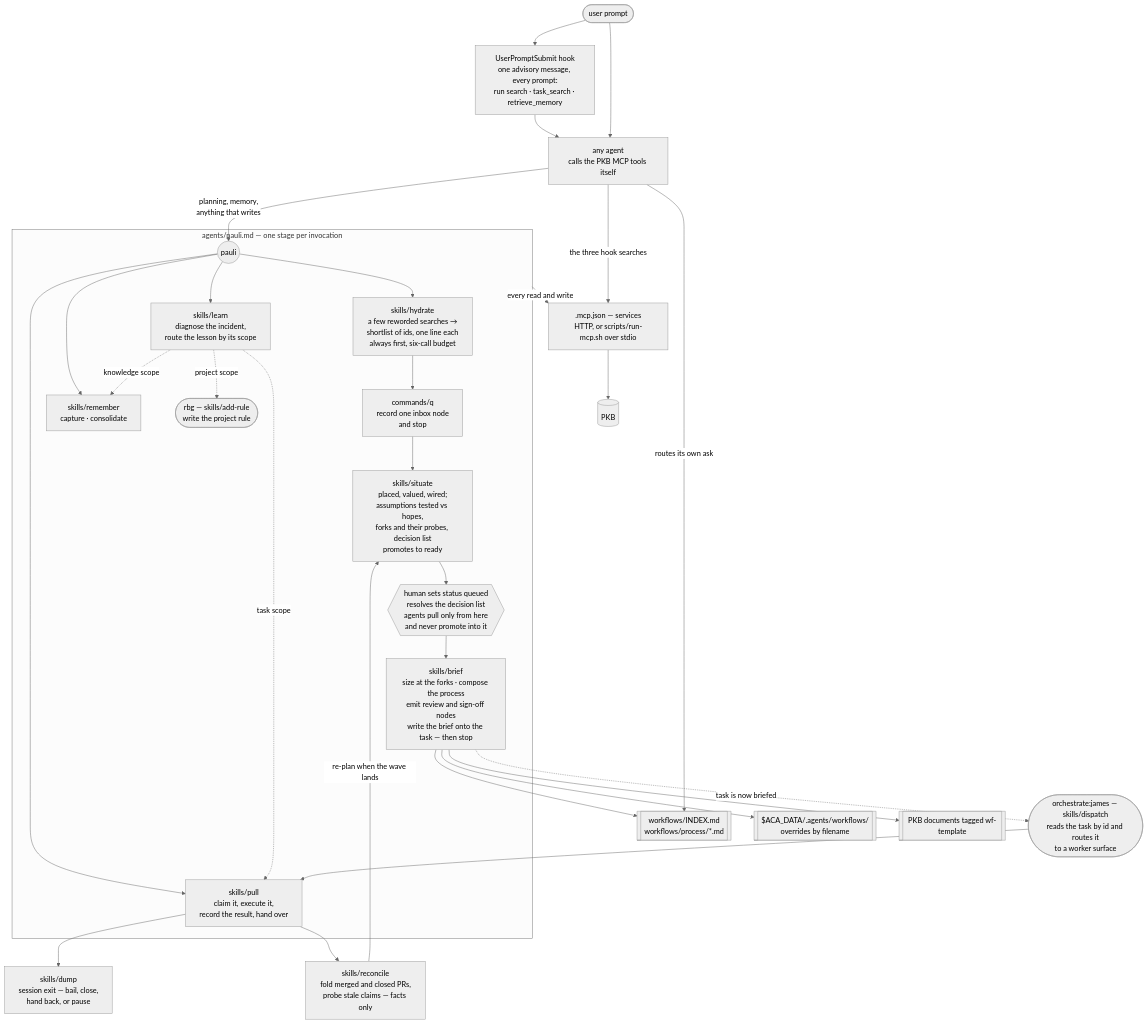
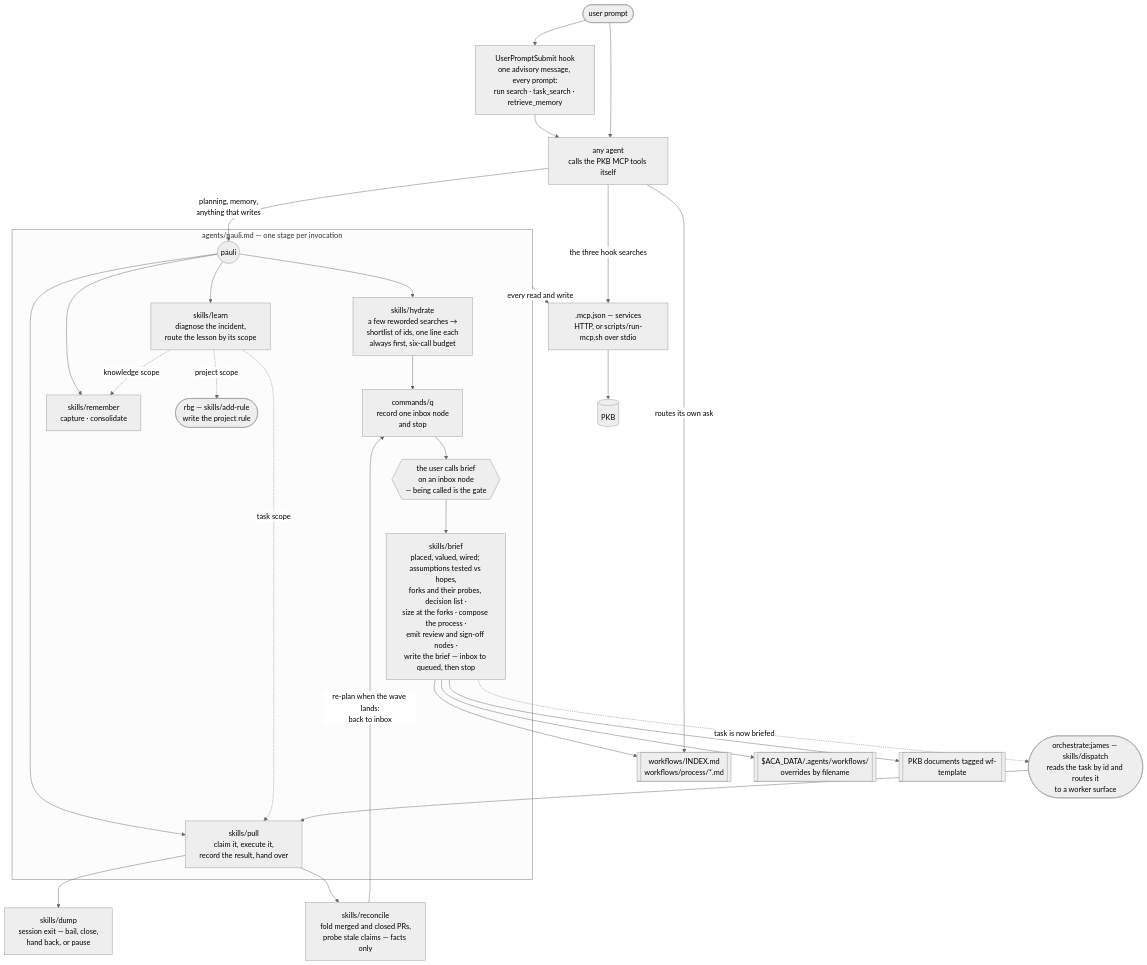
Before and after one commit to nicsuzor/academicOps: the diagram in plugins/pkb/README.md, drawn with Mermaid (neutral theme). The commit also changed other lines of this file and 31 other files, not shown here.

First line of the commit message:
refactor(instructions): fold situate into brief, cut library cookbooks

````diff
--- a/plugins/pkb/README.md
+++ b/plugins/pkb/README.md
@@ -8,45 +8,44 @@
 ```mermaid
 flowchart TD
     prompt([user prompt]) --> hook
 
     hook["UserPromptSubmit hook<br/>one advisory message, every prompt:<br/>run search · task_search · retrieve_memory"]
     hook --> agent
     prompt --> agent["any agent<br/>calls the PKB MCP tools itself"]
 
     agent -- "planning, memory,<br/>anything that writes" --> pauli
 
     subgraph pkbwrite["agents/pauli.md — one stage per invocation"]
         pauli(("pauli"))
         pauli --> hydrate["skills/hydrate<br/>a few reworded searches →<br/>shortlist of ids, one line each<br/>always first, six-call budget"]
 
         hydrate --> capture["commands/q<br/>record one inbox node<br/>and stop"]
-        capture --> situate["skills/situate<br/>placed, valued, wired;<br/>assumptions tested vs hopes,<br/>forks and their probes, decision list<br/>promotes to ready"]
-        situate --> gate{{"human sets status queued<br/>resolves the decision list<br/>agents pull only from here<br/>and never promote into it"}}
-        gate --> brief["skills/brief<br/>size at the forks · compose the process<br/>emit review and sign-off nodes<br/>write the brief onto the task — then stop"]
+        capture --> gate{{"the user calls brief<br/>on an inbox node<br/>— being called is the gate"}}
+        gate --> brief["skills/brief<br/>placed, valued, wired; assumptions tested vs hopes,<br/>forks and their probes, decision list ·<br/>size at the forks · compose the process ·<br/>emit review and sign-off nodes ·<br/>write the brief — inbox to queued, then stop"]
 
         pauli --> pull["skills/pull<br/>claim it, execute it,<br/>record the result, hand over"]
         pauli --> remember["skills/remember<br/>capture · consolidate"]
         pauli --> learn["skills/learn<br/>diagnose the incident,<br/>route the lesson by its scope"]
 
         learn -. knowledge scope .-> remember
         learn -. project scope .-> addrule(["rbg — skills/add-rule<br/>write the project rule"])
         learn -. task scope .-> pull
     end
 
     pull --> dump["skills/dump<br/>session exit — bail, close,<br/>hand back, or pause"]
     pull --> reconcile["skills/reconcile<br/>fold merged and closed PRs,<br/>probe stale claims — facts only"]
-    reconcile -- "re-plan when the wave lands" --> situate
+    reconcile -- "re-plan when the wave lands:<br/>back to inbox" --> capture
 
     brief --> library[["workflows/INDEX.md<br/>workflows/process/*.md"]]
     brief --> userlayer[["$ACA_DATA/.agents/workflows/<br/>overrides by filename"]]
     brief --> wftemplates[["PKB documents tagged wf-template"]]
     agent -- "routes its own ask" --> library
 
     pkbwrite -- "every read and write" --> mcp
     agent -- "the three hook searches" --> mcp
 
     mcp[".mcp.json — services<br/>HTTP, or scripts/run-mcp.sh over stdio"] --> pkbstore[(PKB)]
 
     brief -. "task is now briefed" .-> dispatch(["orchestrate:james — skills/dispatch<br/>reads the task by id and routes it<br/>to a worker surface"])
     dispatch --> pull
 ```
````
